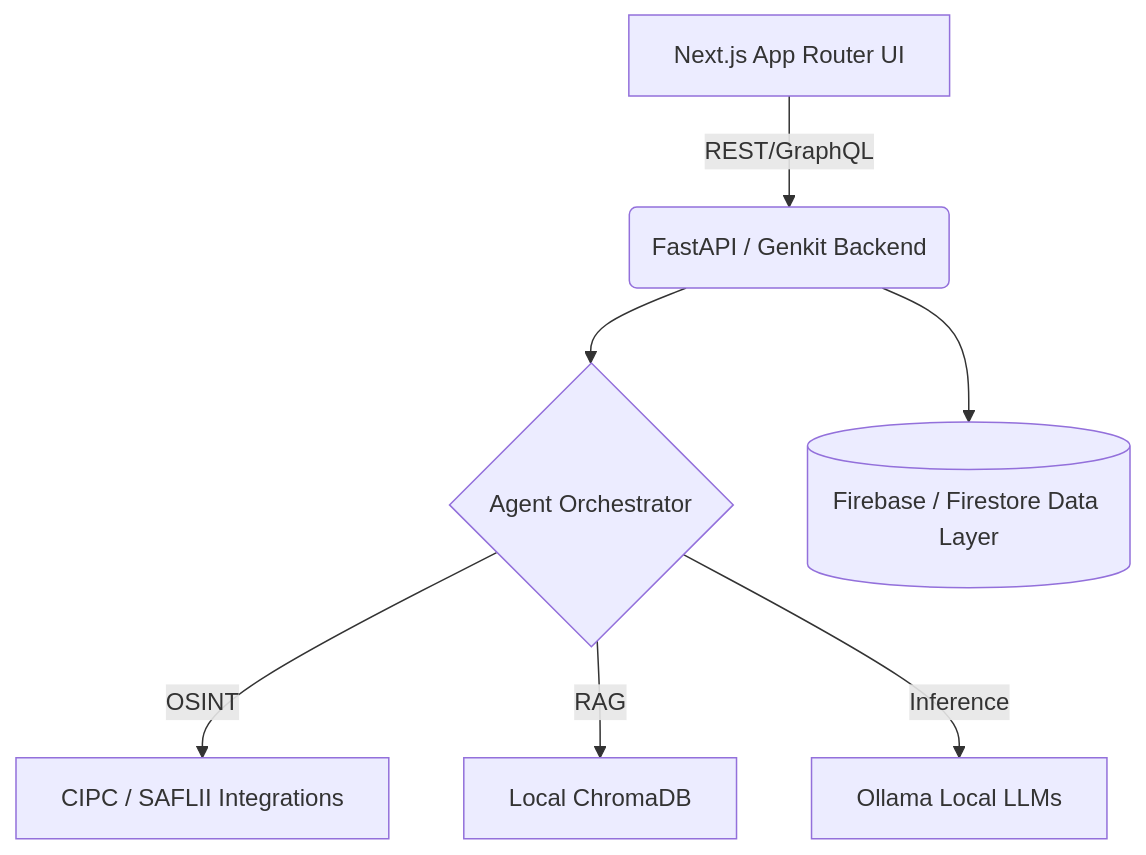
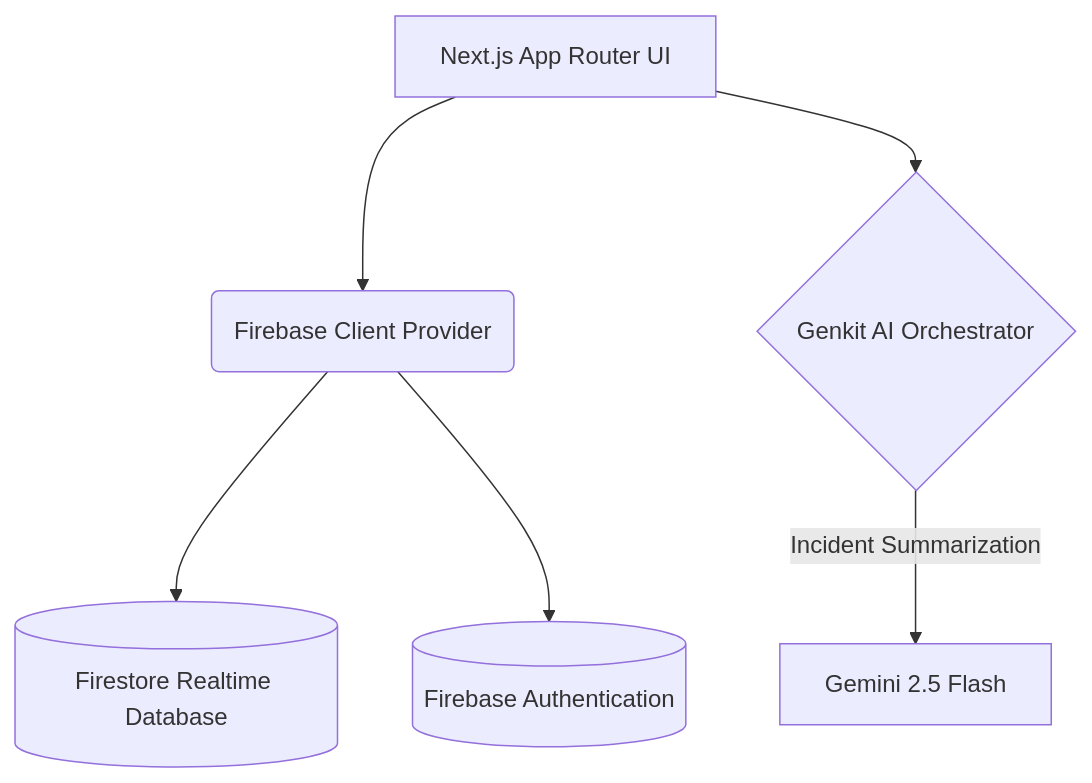
The diagram in README.md (AN3S-CREATE/VeraLogix-SecureConnect-App), drawn with Mermaid before and after one commit. The commit also changed other lines of this file, not shown here.

````diff
--- a/README.md
+++ b/README.md
@@ -142,9 +147,8 @@
 ```mermaid
 graph TD
-    A[Next.js App Router UI] -->|REST/GraphQL| B(FastAPI / Genkit Backend)
-    B --> C{Agent Orchestrator}
-    C -->|OSINT| D[CIPC / SAFLII Integrations]
-    C -->|RAG| E[Local ChromaDB]
-    C -->|Inference| F[Ollama Local LLMs]
-    B --> G[(Firebase / Firestore Data Layer)]
+    A[Next.js App Router UI] --> B(Firebase Client Provider)
+    B --> G[(Firestore Realtime Database)]
+    B --> H[(Firebase Authentication)]
+    A --> C{Genkit AI Orchestrator}
+    C -->|Incident Summarization| F[Gemini 2.5 Flash]
 ```
````
